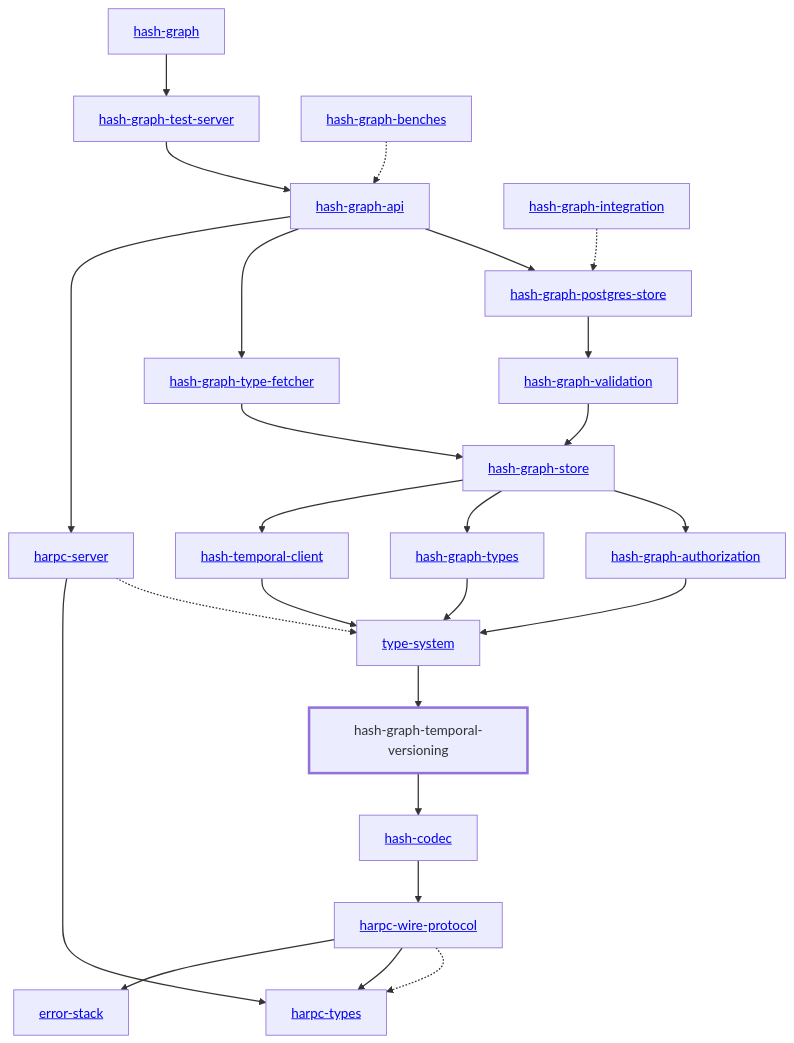
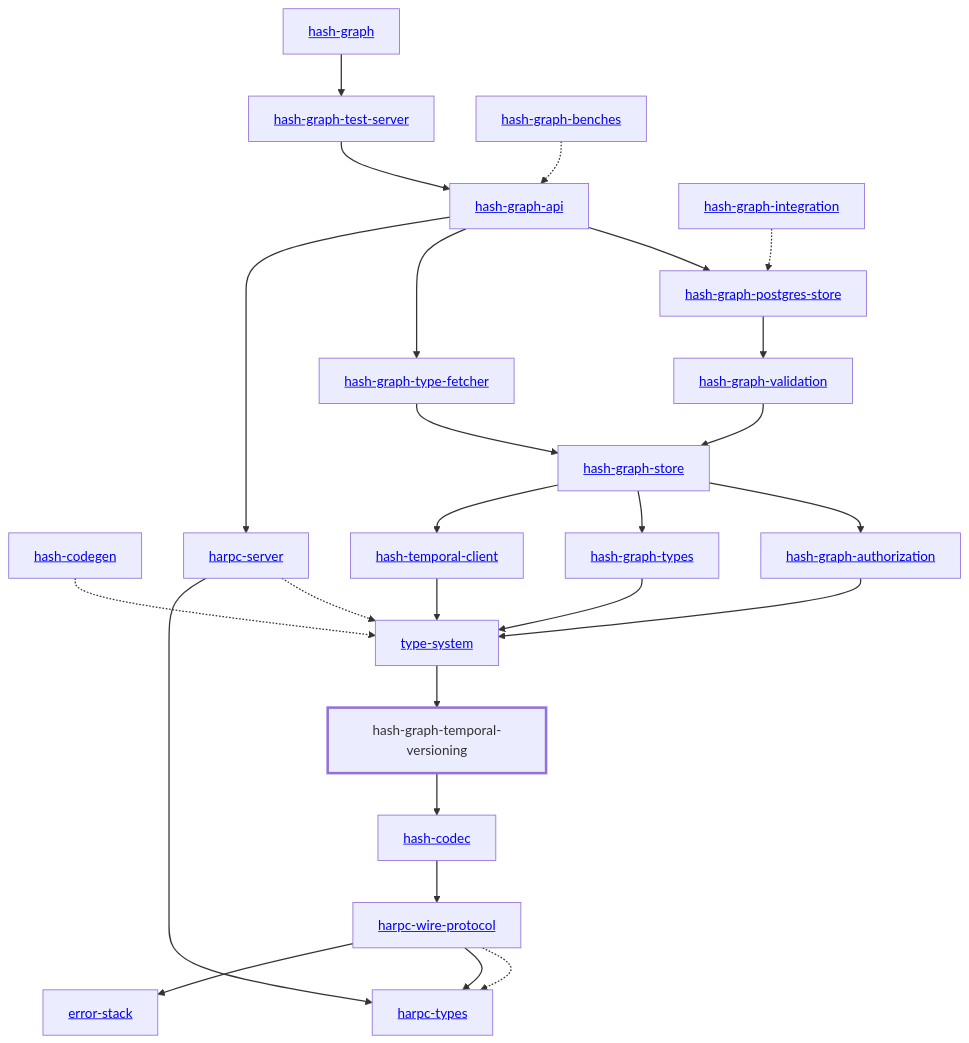
Before and after one commit to hashintel/hash: the diagram in libs/@local/graph/temporal-versioning/docs/dependency-diagram.mmd, drawn with Mermaid. The commit also changed 6 other files, not shown here.

Commit message:
Fix dep-graph

```diff
--- a/libs/@local/graph/temporal-versioning/docs/dependency-diagram.mmd
+++ b/libs/@local/graph/temporal-versioning/docs/dependency-diagram.mmd
@@ -1,54 +1,56 @@
 graph TD
     linkStyle default stroke-width:1.5px
     classDef default stroke-width:1px
     classDef root stroke-width:3px
     classDef dev stroke-width:1px
     classDef build stroke-width:1px
     %% Legend
     %% --> : Normal dependency
     %% -.-> : Dev dependency
     %% ---> : Build dependency
     0[<a href="../hash_graph">hash-graph</a>]
     1[<a href="../type_system">type-system</a>]
     2[<a href="../hash_codec">hash-codec</a>]
-    3[<a href="../hash_graph_api">hash-graph-api</a>]
-    4[<a href="../hash_graph_authorization">hash-graph-authorization</a>]
-    5[<a href="../hash_graph_postgres_store">hash-graph-postgres-store</a>]
-    6[<a href="../hash_graph_store">hash-graph-store</a>]
-    7[hash-graph-temporal-versioning]
-    class 7 root
-    8[<a href="../hash_graph_test_server">hash-graph-test-server</a>]
-    9[<a href="../hash_graph_type_fetcher">hash-graph-type-fetcher</a>]
-    10[<a href="../hash_graph_types">hash-graph-types</a>]
-    11[<a href="../hash_graph_validation">hash-graph-validation</a>]
-    12[<a href="../harpc_server">harpc-server</a>]
-    13[<a href="../harpc_types">harpc-types</a>]
-    14[<a href="../harpc_wire_protocol">harpc-wire-protocol</a>]
-    15[<a href="../hash_temporal_client">hash-temporal-client</a>]
-    16[<a href="../error_stack">error-stack</a>]
-    17[<a href="../hash_graph_benches">hash-graph-benches</a>]
-    18[<a href="../hash_graph_integration">hash-graph-integration</a>]
-    0 --> 8
-    1 --> 7
-    2 --> 14
-    3 --> 5
-    3 --> 9
-    3 --> 12
-    4 --> 1
-    5 --> 11
-    6 --> 4
-    6 --> 10
-    6 --> 15
-    7 --> 2
-    8 --> 3
-    9 --> 6
-    10 --> 1
-    11 --> 6
-    12 -.-> 1
-    12 --> 13
-    14 -.-> 13
-    14 --> 13
-    14 --> 16
-    15 --> 1
-    17 -.-> 3
-    18 -.-> 5
+    3[<a href="../hash_codegen">hash-codegen</a>]
+    4[<a href="../hash_graph_api">hash-graph-api</a>]
+    5[<a href="../hash_graph_authorization">hash-graph-authorization</a>]
+    6[<a href="../hash_graph_postgres_store">hash-graph-postgres-store</a>]
+    7[<a href="../hash_graph_store">hash-graph-store</a>]
+    8[hash-graph-temporal-versioning]
+    class 8 root
+    9[<a href="../hash_graph_test_server">hash-graph-test-server</a>]
+    10[<a href="../hash_graph_type_fetcher">hash-graph-type-fetcher</a>]
+    11[<a href="../hash_graph_types">hash-graph-types</a>]
+    12[<a href="../hash_graph_validation">hash-graph-validation</a>]
+    13[<a href="../harpc_server">harpc-server</a>]
+    14[<a href="../harpc_types">harpc-types</a>]
+    15[<a href="../harpc_wire_protocol">harpc-wire-protocol</a>]
+    16[<a href="../hash_temporal_client">hash-temporal-client</a>]
+    17[<a href="../error_stack">error-stack</a>]
+    18[<a href="../hash_graph_benches">hash-graph-benches</a>]
+    19[<a href="../hash_graph_integration">hash-graph-integration</a>]
+    0 --> 9
+    1 --> 8
+    2 --> 15
+    3 -.-> 1
+    4 --> 6
+    4 --> 10
+    4 --> 13
+    5 --> 1
+    6 --> 12
+    7 --> 5
+    7 --> 11
+    7 --> 16
+    8 --> 2
+    9 --> 4
+    10 --> 7
+    11 --> 1
+    12 --> 7
+    13 -.-> 1
+    13 --> 14
+    15 -.-> 14
+    15 --> 14
+    15 --> 17
+    16 --> 1
+    18 -.-> 4
+    19 -.-> 6
```
